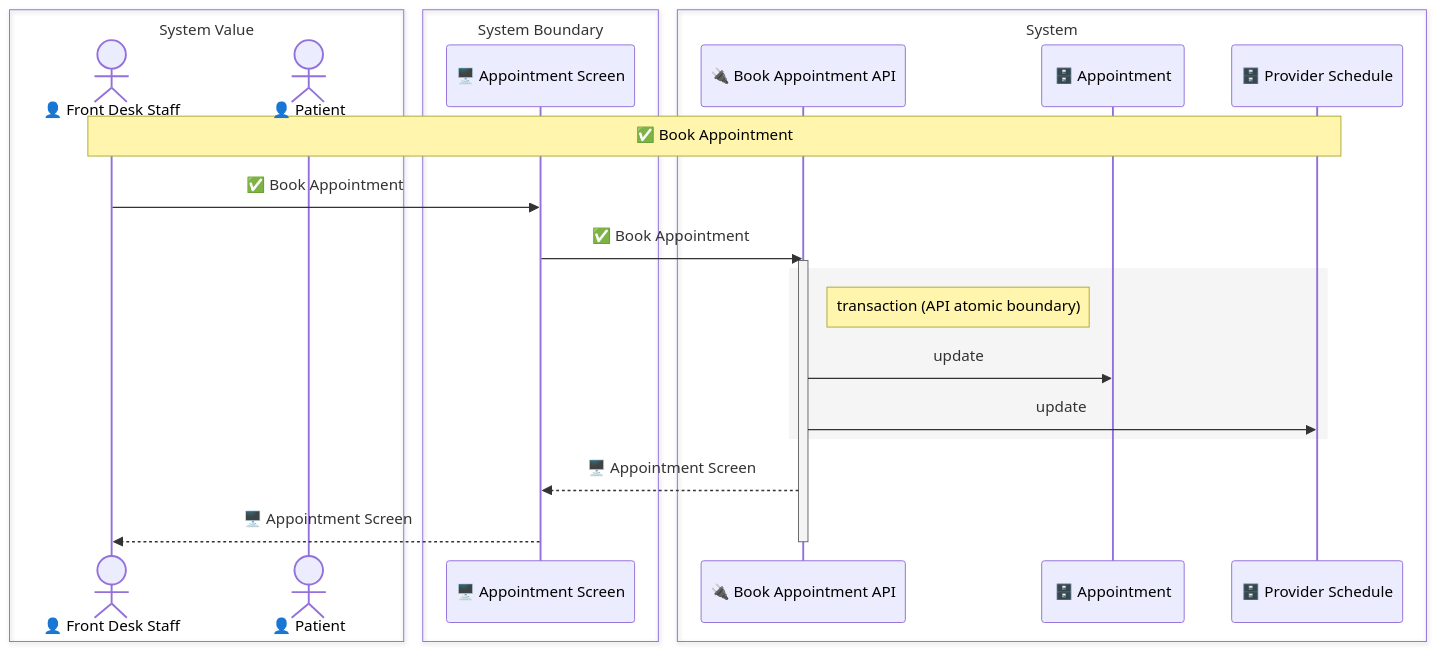
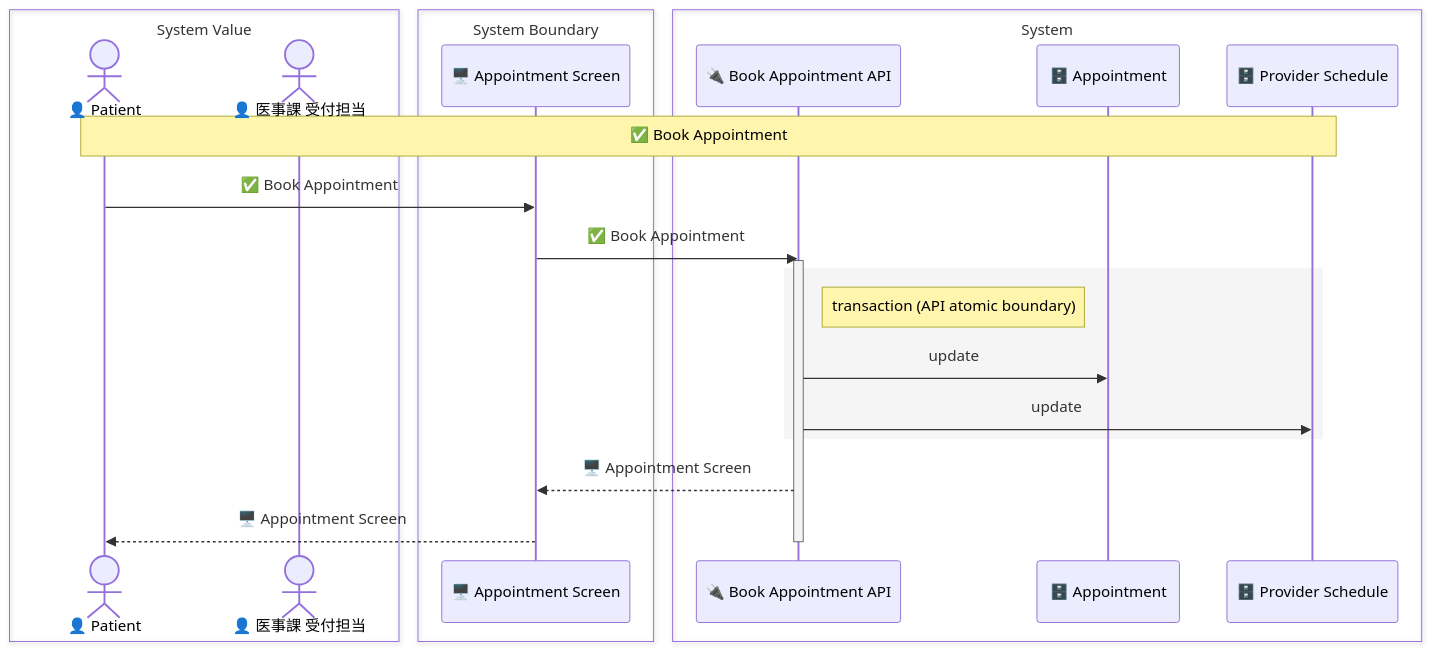
One commit to manji-0/rdra-ish-dsl changed the diagram in samples/clinic-ops/out/uc/sequence_book_appointment.mmd. Above: the diagram before and after it, drawn with Mermaid. The commit also changed 138 other files, not shown here.

```diff
--- a/samples/clinic-ops/out/uc/sequence_book_appointment.mmd
+++ b/samples/clinic-ops/out/uc/sequence_book_appointment.mmd
@@ -1,26 +1,26 @@
 sequenceDiagram
   box System Value
-    actor FrontDesk as 👤 Front Desk Staff
     actor Patient as 👤 Patient
+    actor ReceptionClerk as 👤 医事課 受付担当
   end
   box System Boundary
     participant AppointmentScreen as 🖥️ Appointment Screen
   end
   box System
     participant BookAppointmentApi as 🔌 Book Appointment API
     participant Appointment as 🗄️ Appointment
     participant ProviderSchedule as 🗄️ Provider Schedule
   end
 
-  Note over FrontDesk,ProviderSchedule: ✅ Book Appointment
-  FrontDesk->>AppointmentScreen: ✅ Book Appointment
+  Note over Patient,ProviderSchedule: ✅ Book Appointment
+  Patient->>AppointmentScreen: ✅ Book Appointment
   AppointmentScreen->>BookAppointmentApi: ✅ Book Appointment
   activate BookAppointmentApi
   rect rgb(245,245,245)
     Note right of BookAppointmentApi: transaction (API atomic boundary)
     BookAppointmentApi->>Appointment: update
     BookAppointmentApi->>ProviderSchedule: update
   end
   BookAppointmentApi-->>AppointmentScreen: 🖥️ Appointment Screen
-  AppointmentScreen-->>FrontDesk: 🖥️ Appointment Screen
+  AppointmentScreen-->>Patient: 🖥️ Appointment Screen
   deactivate BookAppointmentApi
```
